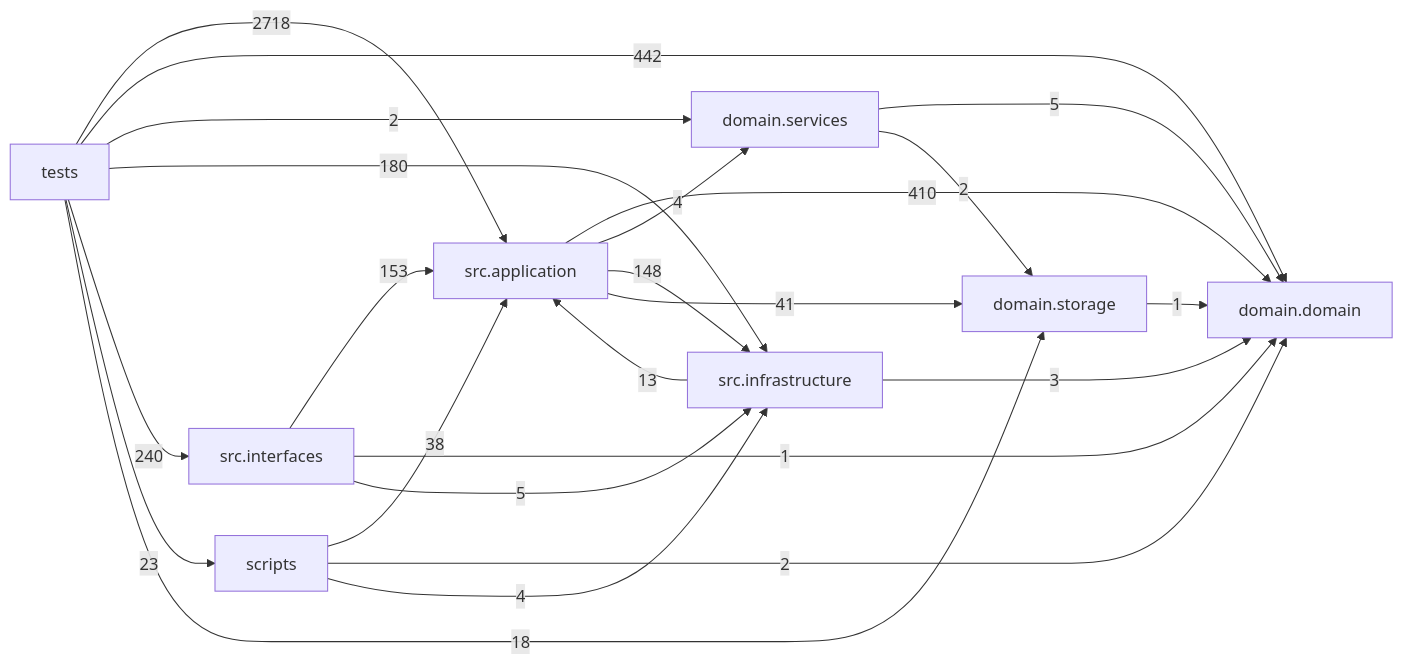
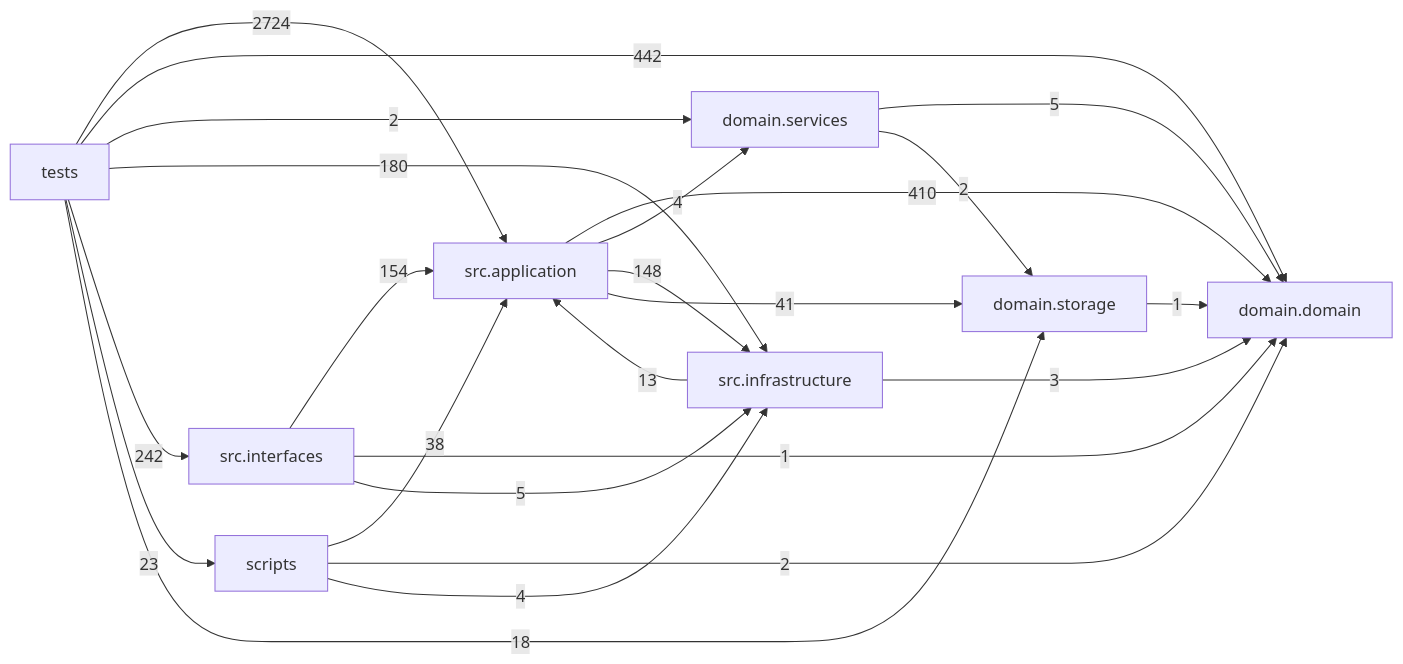
The diagram in docs/DEPENDENCY_GRAPH.md (liuxie066/options-monitor), drawn with Mermaid before and after one commit. The commit also changed other lines of this file and 6 other files, not shown here.

````diff
--- a/docs/DEPENDENCY_GRAPH.md
+++ b/docs/DEPENDENCY_GRAPH.md
@@ -24,33 +24,33 @@
 ```mermaid
 flowchart LR
   tests["tests"]
   scripts["scripts"]
   interfaces["src.interfaces"]
   application["src.application"]
   infrastructure["src.infrastructure"]
   domain_services["domain.services"]
   domain["domain.domain"]
   storage["domain.storage"]
   application -->|410| domain
   application -->|4| domain_services
   application -->|148| infrastructure
   application -->|41| storage
   domain_services -->|5| domain
   domain_services -->|2| storage
   infrastructure -->|13| application
   infrastructure -->|3| domain
-  interfaces -->|153| application
+  interfaces -->|154| application
   interfaces -->|1| domain
   interfaces -->|5| infrastructure
   scripts -->|38| application
   scripts -->|2| domain
   scripts -->|4| infrastructure
   storage -->|1| domain
-  tests -->|2718| application
+  tests -->|2724| application
   tests -->|442| domain
   tests -->|2| domain_services
   tests -->|180| infrastructure
-  tests -->|240| interfaces
+  tests -->|242| interfaces
   tests -->|23| scripts
   tests -->|18| storage
 ```
````
